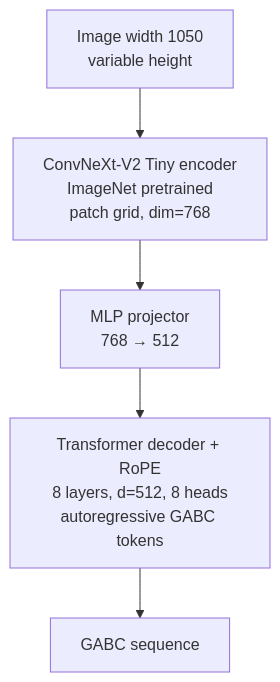
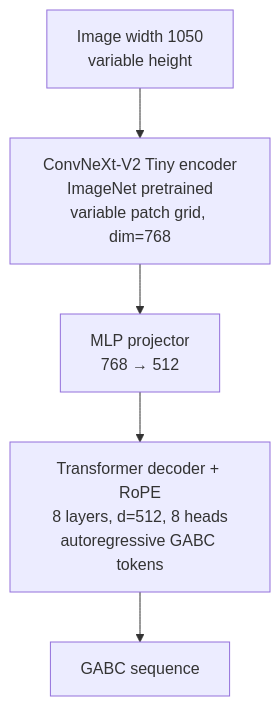
Before and after one commit to pgarciaq/chant-omr: the diagram in PLAN.md, drawn with Mermaid. The commit also changed other lines of this file and 5 other files, not shown here.

First line of the commit message:
Implement ConvNeXt-V2 visual encoder with variable patch grid (#9).

````diff
--- a/PLAN.md
+++ b/PLAN.md
@@ -477,7 +477,7 @@
 ```mermaid
 flowchart TD
-    A["Image width 1050\nvariable height"] --> B["ConvNeXt-V2 Tiny encoder\nImageNet pretrained\npatch grid, dim=768"]
+    A["Image width 1050\nvariable height"] --> B["ConvNeXt-V2 Tiny encoder\nImageNet pretrained\nvariable patch grid, dim=768"]
     B --> C["MLP projector\n768 → 512"]
     C --> D["Transformer decoder + RoPE\n8 layers, d=512, 8 heads\nautoregressive GABC tokens"]
     D --> E["GABC sequence"]
 ```
````
